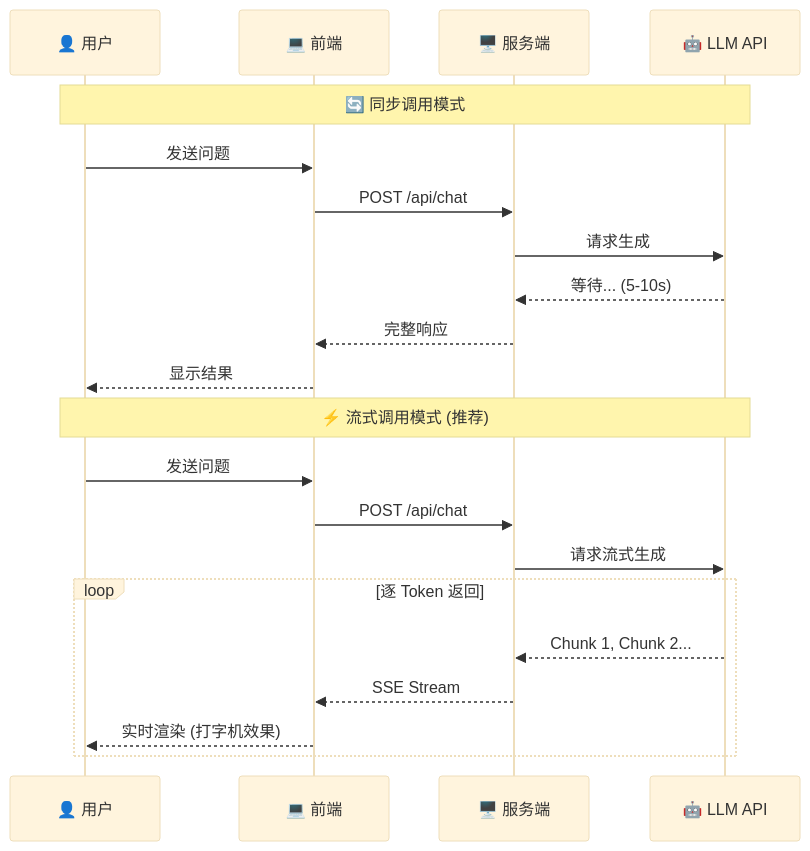
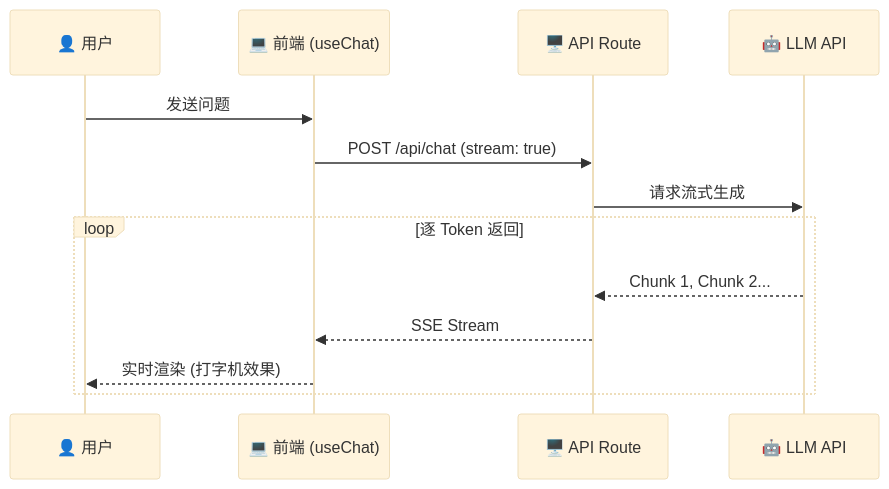
Before and after one commit to KMaybe01/interview-demo: the first of 4 diagrams in docs/S5-AI/实战篇/01-入门期-AI聊天室.md, drawn with Mermaid (base theme). The commit also changed other lines of this file and 5 other files, not shown here.

````diff
--- a/docs/S5-AI/实战篇/01-入门期-AI聊天室.md
+++ b/docs/S5-AI/实战篇/01-入门期-AI聊天室.md
@@ -124,25 +64,16 @@
 ```mermaid
 sequenceDiagram
     participant User as 👤 用户
-    participant Client as 💻 前端
-    participant Server as 🖥️ 服务端
+    participant Client as 💻 前端 (useChat)
+    participant Server as 🖥️ API Route
     participant LLM as 🤖 LLM API
-
-    Note over User, LLM: 🔄 同步调用模式
+    
     User->>Client: 发送问题
-    Client->>Server: POST /api/chat
-    Server->>LLM: 请求生成
-    LLM-->>Server: 等待... (5-10s)
-    Server-->>Client: 完整响应
-    Client-->>User: 显示结果
-
-    Note over User, LLM: ⚡ 流式调用模式 (推荐)
-    User->>Client: 发送问题
-    Client->>Server: POST /api/chat
+    Client->>Server: POST /api/chat (stream: true)
     Server->>LLM: 请求流式生成
     loop 逐 Token 返回
         LLM-->>Server: Chunk 1, Chunk 2...
         Server-->>Client: SSE Stream
         Client-->>User: 实时渲染 (打字机效果)
     end
 ```
````
